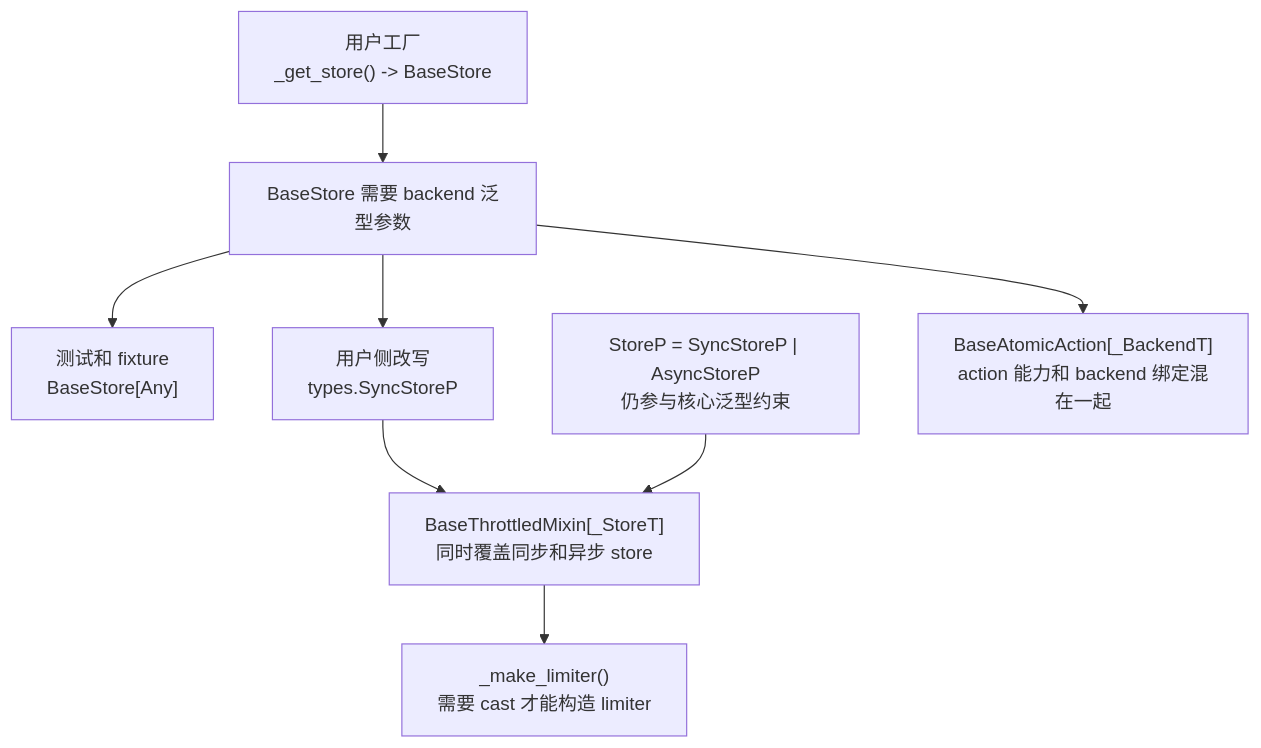
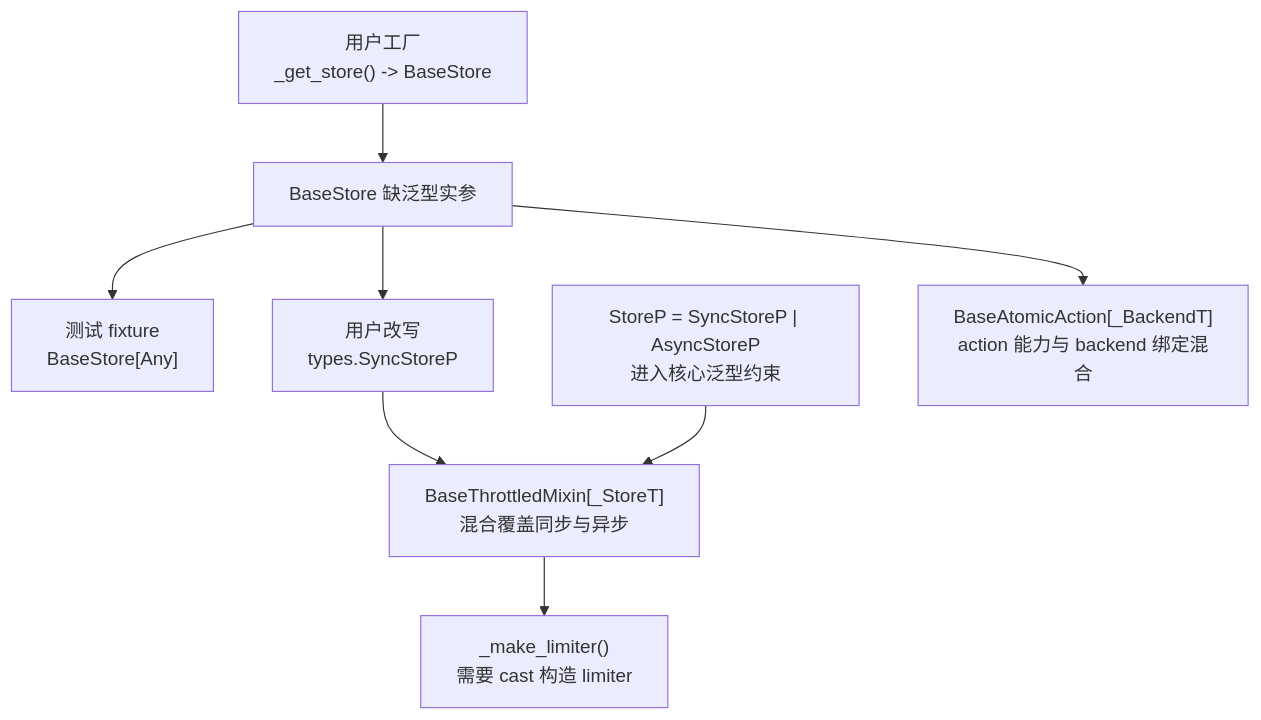
One commit to ZhuoZhuoCrayon/ai-workspace changed the third of 5 diagrams in knowledge/throttled-py/issues/2026-05-06-store-typing-abstraction-refactor/PLAN.md. Above: the diagram before and after it, drawn with Mermaid. The commit also changed other lines of this file, not shown here.

First line of the commit message:
docs(throttled-py): tighten store typing plan

````diff
--- a/knowledge/throttled-py/issues/2026-05-06-store-typing-abstraction-refactor/PLAN.md
+++ b/knowledge/throttled-py/issues/2026-05-06-store-typing-abstraction-refactor/PLAN.md
@@ -127,19 +99,19 @@
 ```mermaid
 flowchart TD
     UserFactory["用户工厂<br />_get_store() -> BaseStore"]
-    GenericError["BaseStore 需要 backend 泛型参数"]
-    StoreAny["测试和 fixture<br />BaseStore[Any]"]
-    Protocol["用户侧改写<br />types.SyncStoreP"]
-    ThrottledMixin["BaseThrottledMixin[_StoreT]<br />同时覆盖同步和异步 store"]
-    StoreP["StoreP = SyncStoreP | AsyncStoreP<br />仍参与核心泛型约束"]
-    LimiterCast["_make_limiter()<br />需要 cast 才能构造 limiter"]
-    Atomic["BaseAtomicAction[_BackendT]<br />action 能力和 backend 绑定混在一起"]
+    GenericError["BaseStore 缺泛型实参"]
+    StoreAny["测试 fixture<br />BaseStore[Any]"]
+    Protocol["用户改写<br />types.SyncStoreP"]
+    ThrottledMixin["BaseThrottledMixin[_StoreT]<br />混合覆盖同步与异步"]
+    StoreP["StoreP = SyncStoreP | AsyncStoreP<br />进入核心泛型约束"]
+    LimiterCast["_make_limiter()<br />需要 cast 构造 limiter"]
+    Atomic["BaseAtomicAction[_BackendT]<br />action 能力与 backend 绑定混合"]
 
     UserFactory --> GenericError
     GenericError --> StoreAny
     GenericError --> Protocol
     Protocol --> ThrottledMixin
     StoreP --> ThrottledMixin
     ThrottledMixin --> LimiterCast
     GenericError --> Atomic
 ```
````
